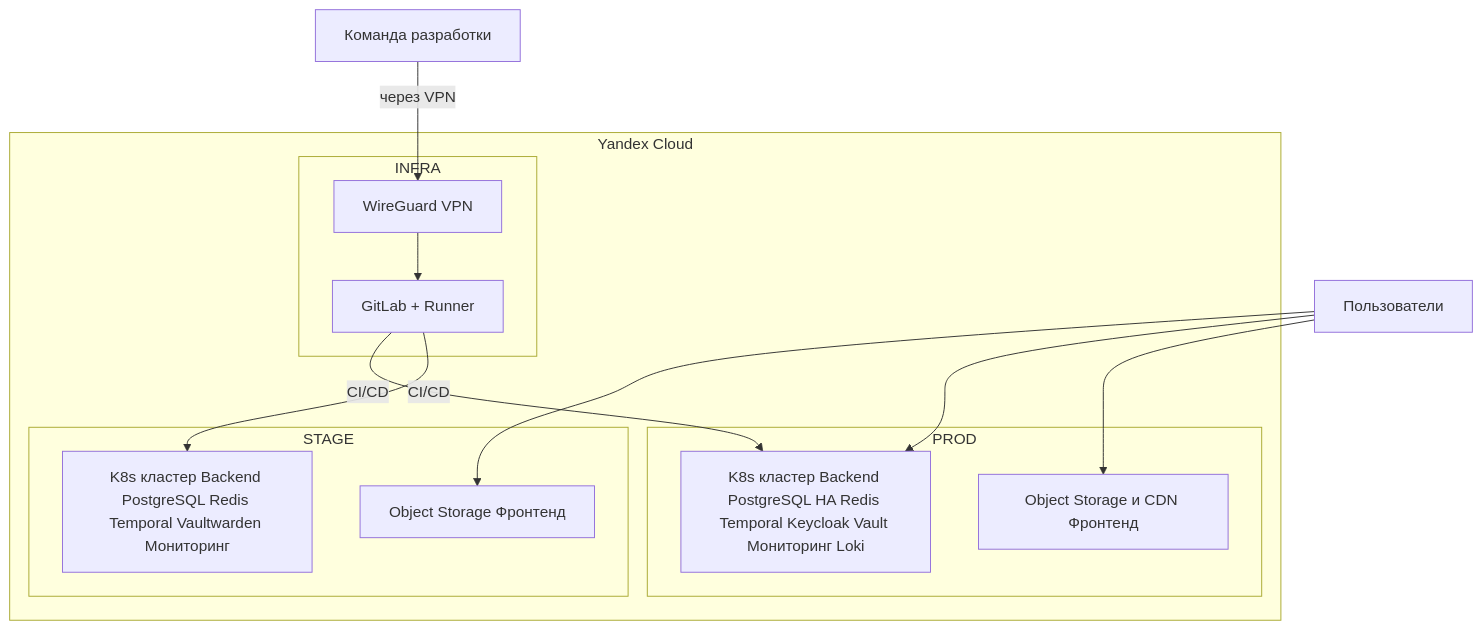
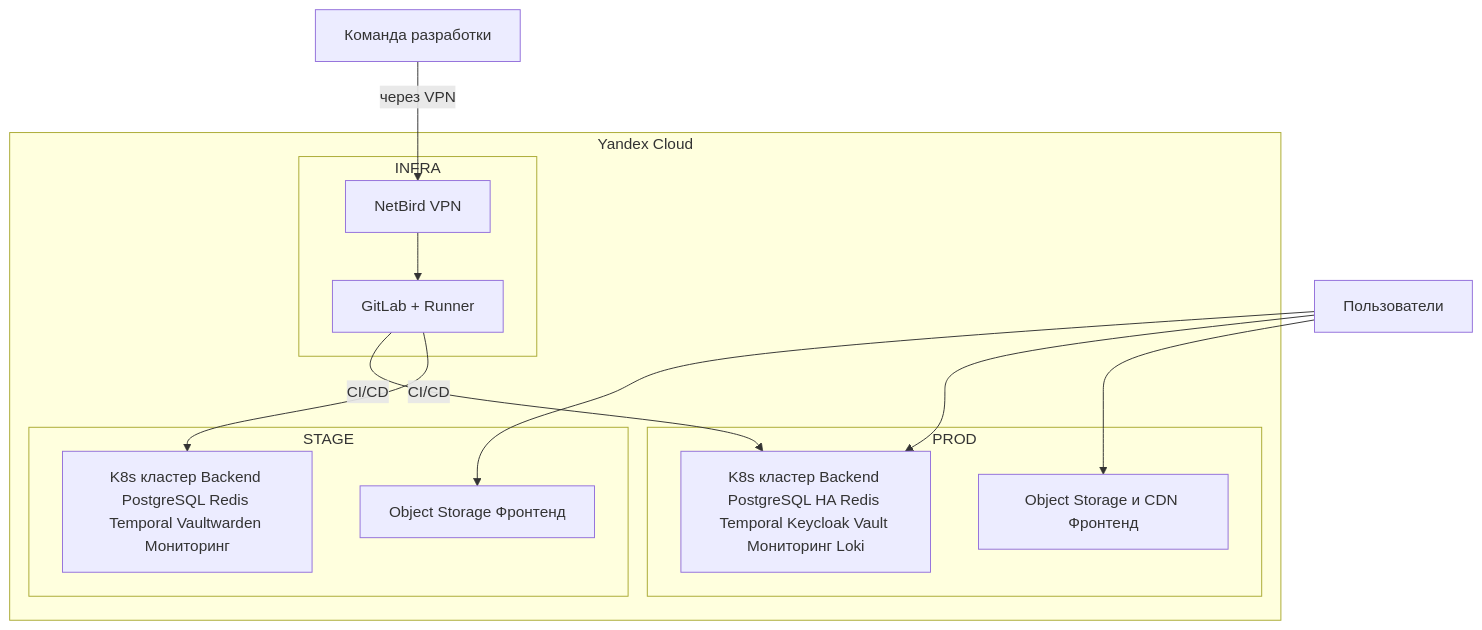
Before and after one commit to toptyginnn/yandex_cloud_example: the eighth of 8 diagrams in infrastructure-description.md, drawn with Mermaid. The commit also changed other lines of this file and 9 other files, not shown here.

Commit message:
replace WireGuard with NetBird, add architecture diagram

````diff
--- a/infrastructure-description.md
+++ b/infrastructure-description.md
@@ -253,30 +253,30 @@
 ```mermaid
 graph TB
     Team[Команда разработки]
     Users[Пользователи]
 
     subgraph YC[Yandex Cloud]
         subgraph INFRA[INFRA]
-            VPN[WireGuard VPN]
+            VPN[NetBird VPN]
             GitLab[GitLab + Runner]
         end
 
         subgraph STAGE[STAGE]
             SK8s[K8s кластер Backend PostgreSQL Redis Temporal Vaultwarden Мониторинг]
             SS3[Object Storage Фронтенд]
         end
 
         subgraph PROD[PROD]
             PK8s[K8s кластер Backend PostgreSQL HA Redis Temporal Keycloak Vault Мониторинг Loki]
             PS3[Object Storage и CDN Фронтенд]
         end
     end
 
     Team -->|через VPN| VPN
     VPN --> GitLab
     GitLab -->|CI/CD| SK8s
     GitLab -->|CI/CD| PK8s
     Users --> PS3
     Users --> PK8s
     Users --> SS3
 ```
````
